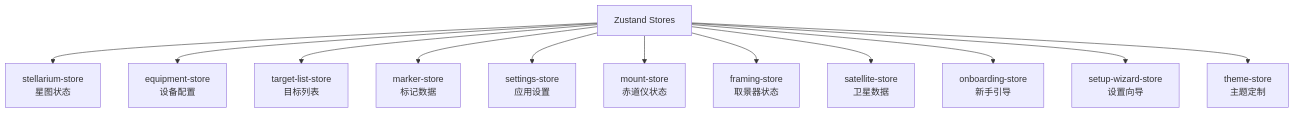
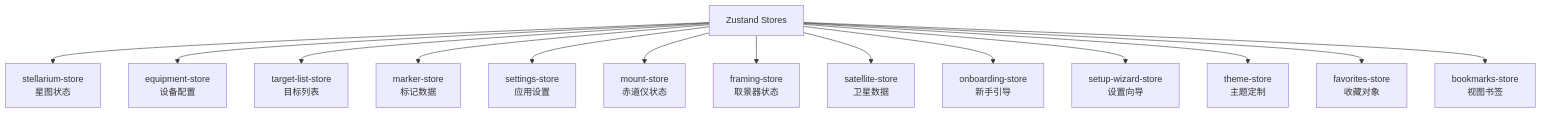
One commit to AstroAir/skymap-test changed the diagram in docs/developer-guide/apis/frontend-apis/stores.md. Above: the diagram before and after it, drawn with Mermaid. The commit also changed other lines of this file and 135 other files, not shown here.

````diff
--- a/docs/developer-guide/apis/frontend-apis/stores.md
+++ b/docs/developer-guide/apis/frontend-apis/stores.md
@@ -9,14 +9,16 @@
 ```mermaid
 graph TD
     A[Zustand Stores] --> B[stellarium-store<br/>星图状态]
     A --> C[equipment-store<br/>设备配置]
     A --> D[target-list-store<br/>目标列表]
     A --> E[marker-store<br/>标记数据]
     A --> F[settings-store<br/>应用设置]
     A --> G[mount-store<br/>赤道仪状态]
     A --> H[framing-store<br/>取景器状态]
     A --> I[satellite-store<br/>卫星数据]
     A --> J[onboarding-store<br/>新手引导]
     A --> K[setup-wizard-store<br/>设置向导]
     A --> L[theme-store<br/>主题定制]
+    A --> M[favorites-store<br/>收藏对象]
+    A --> N[bookmarks-store<br/>视图书签]
 ```
````
